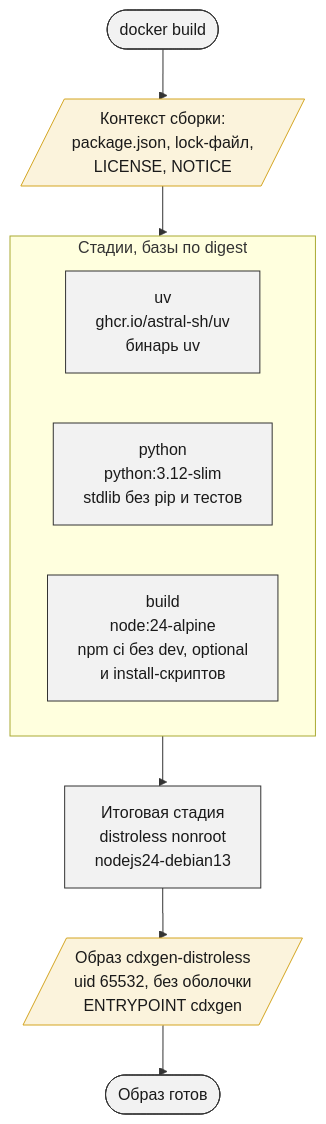
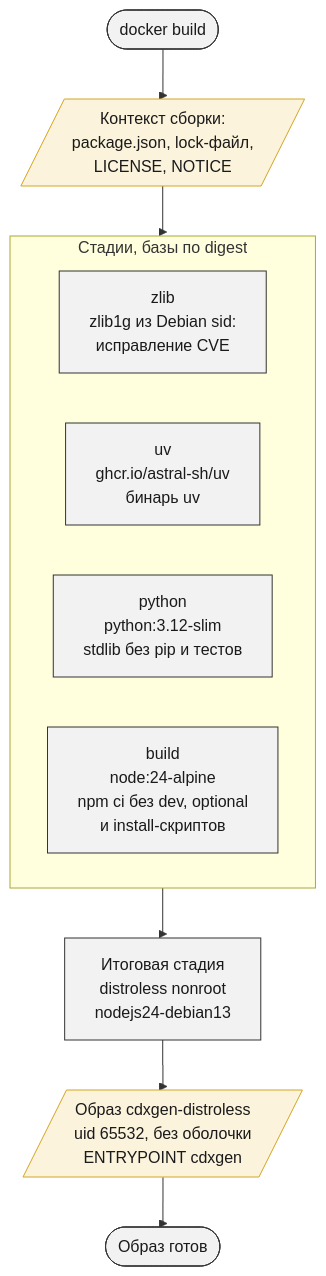
One commit to geminishkv/cdxgen-distroless changed the diagram in docs/diagrams/image.mmd. Above: the diagram before and after it, drawn with Mermaid. The commit also changed 7 other files, not shown here.

First line of the commit message:
fix(image): overlay zlib1g from Debian sid to close CVE-2026-76844 (#7)

```diff
--- a/docs/diagrams/image.mmd
+++ b/docs/diagrams/image.mmd
@@ -1,26 +1,27 @@
 %%{init: {"flowchart": {"curve": "step"}}}%%
 flowchart TB
     accTitle: cdxgen-distroless - сборка образа
-    accDescr: Многостадийная сборка по Dockerfile. В контекст попадают только package.json, package-lock.json, LICENSE и NOTICE. Зависимости cdxgen ставятся в стадии build, бинарь uv и стандартная библиотека Python берутся из своих стадий, итоговая стадия собирает их на distroless nonroot. Базовые образы закреплены по digest, в итоговом образе нет оболочки и пакетных менеджеров.
+    accDescr: Многостадийная сборка по Dockerfile. В контекст попадают только package.json, package-lock.json, LICENSE и NOTICE. Зависимости cdxgen ставятся в стадии build, бинарь uv и стандартная библиотека Python берутся из своих стадий, исправленный zlib1g из Debian sid кладётся поверх пакета базы, итоговая стадия собирает их на distroless nonroot. Базовые образы закреплены по digest, в итоговом образе нет оболочки и пакетных менеджеров.
 
     start(["docker build"])
     context[/"Контекст сборки:<br/>package.json, lock-файл,<br/>LICENSE, NOTICE"/]
     subgraph stages["Стадии, базы по digest"]
+        zlib_stage["zlib<br/>zlib1g из Debian sid:<br/>исправление CVE"]
         uv_stage["uv<br/>ghcr.io/astral-sh/uv<br/>бинарь uv"]
         python_stage["python<br/>python:3.12-slim<br/>stdlib без pip и тестов"]
         build_stage["build<br/>node:24-alpine<br/>npm ci без dev, optional<br/>и install-скриптов"]
     end
     final["Итоговая стадия<br/>distroless nonroot<br/>nodejs24-debian13"]
     image[/"Образ cdxgen-distroless<br/>uid 65532, без оболочки<br/>ENTRYPOINT cdxgen"/]
     done(["Образ готов"])
 
     start --> context
     context --> stages
     stages --> final
     final --> image
     image --> done
 
     classDef process fill:#F2F2F2,stroke:#333333,color:#1A1A1A
     classDef data fill:#FBF3DC,stroke:#D4A520,color:#1A1A1A
-    class start,build_stage,uv_stage,python_stage,final,done process
+    class start,build_stage,uv_stage,python_stage,zlib_stage,final,done process
     class context,image data
```
